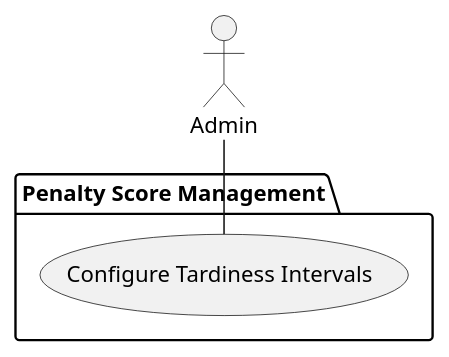
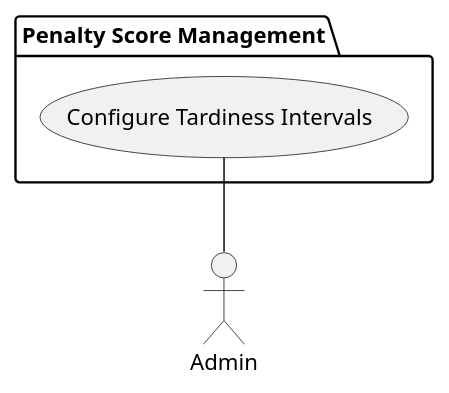
One commit to bmb0136/COMP-3700-Project changed the diagram in Use Cases/ConfigureTardinessIntervals.iuml. Above: the diagram before and after it, drawn with PlantUML. The commit also changed 13 other files, not shown here.

Commit message:
Fix formatting in main diagram

```diff
--- a/Use Cases/ConfigureTardinessIntervals.iuml
+++ b/Use Cases/ConfigureTardinessIntervals.iuml
@@ -1,7 +1,7 @@
 @startuml Configure Tardiness Intervals
 actor :Admin:
 package "Penalty Score Management" {
   (Configure Tardiness Intervals) as ConfTardInt
 }
-Admin -- ConfTardInt
+Admin -up- ConfTardInt
 @enduml
```
